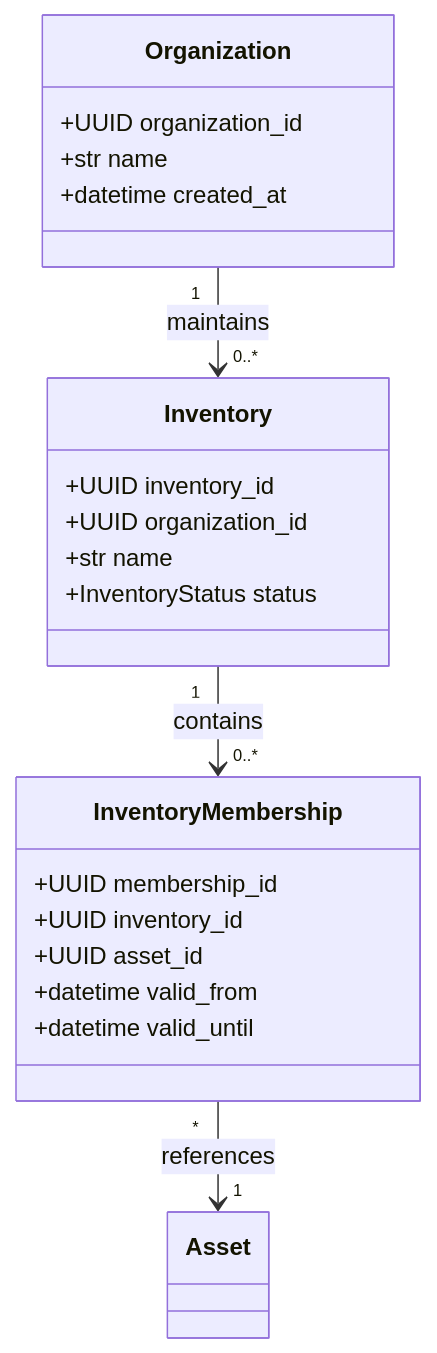
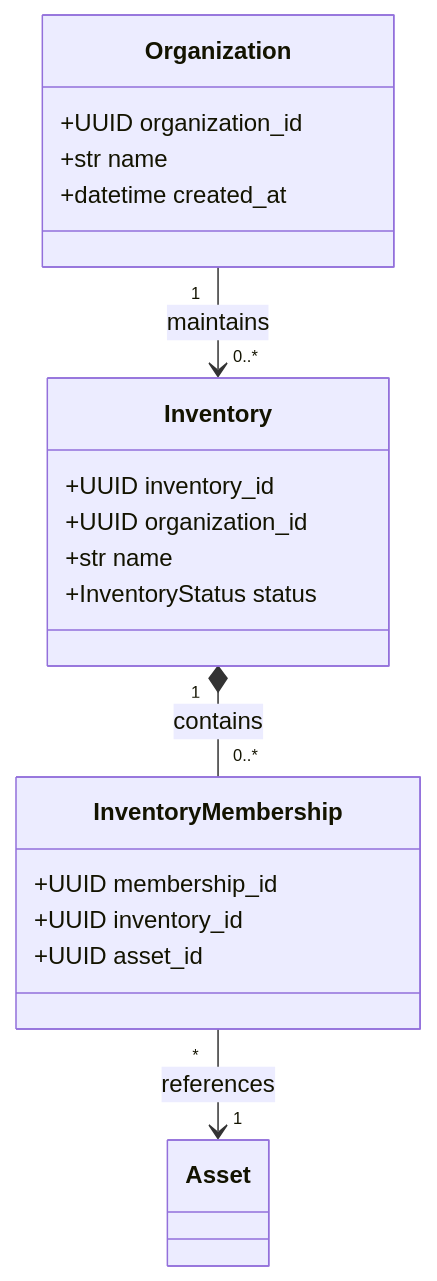
Before and after one commit to git-loa/cryptographic-inventory-pqc-risk-assessment: the first of 8 diagrams in docs/architecture/domain/domain-class-diagram.md, drawn with Mermaid. The commit also changed other lines of this file and 9 other files, not shown here.

Commit message:
feature: refactor relationship rules / docs: rewrite domain architecture documentation

````diff
--- a/docs/architecture/domain/domain-class-diagram.md
+++ b/docs/architecture/domain/domain-class-diagram.md
@@ -19,27 +17,25 @@
 ```mermaid
 classDiagram
     class Organization {
         +UUID organization_id
         +str name
         +datetime created_at
     }
 
     class Inventory {
         +UUID inventory_id
         +UUID organization_id
         +str name
         +InventoryStatus status
     }
 
     class InventoryMembership {
         +UUID membership_id
         +UUID inventory_id
         +UUID asset_id
-        +datetime valid_from
-        +datetime valid_until
     }
 
     Organization "1" --> "0..*" Inventory : maintains
-    Inventory "1" --> "0..*" InventoryMembership : contains
+    Inventory "1" *-- "0..*" InventoryMembership : contains
     InventoryMembership "*" --> "1" Asset : references
 ```
````
